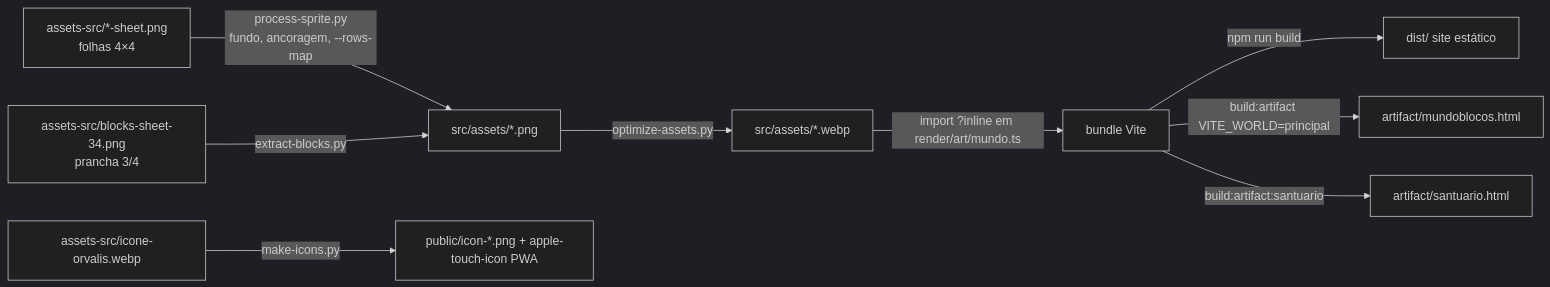
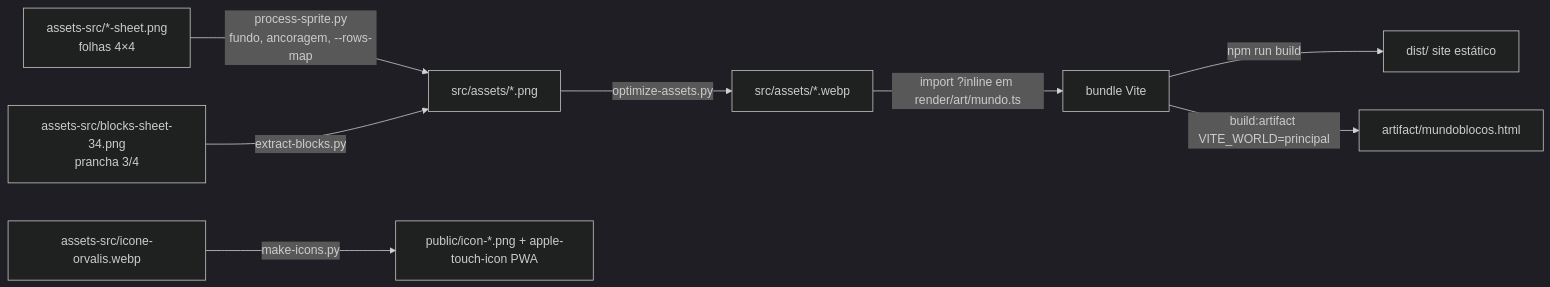
The seventh of 7 diagrams in docs/MAPS.md (maiam/mundoblocos-2d), drawn with Mermaid (dark theme) before and after one commit. The commit also changed other lines of this file and 25 other files, not shown here.

````diff
--- a/docs/MAPS.md
+++ b/docs/MAPS.md
@@ -141,11 +141,10 @@
 ```mermaid
 flowchart LR
   S1[assets-src/*-sheet.png<br/>folhas 4×4] -->|process-sprite.py<br/>fundo, ancoragem, --rows-map| P[src/assets/*.png]
   S2[assets-src/blocks-sheet-34.png<br/>prancha 3/4] -->|extract-blocks.py| P
   P -->|optimize-assets.py| WB[src/assets/*.webp]
   WB -->|import ?inline em render/art/mundo.ts| JS[bundle Vite]
   JS -->|npm run build| D[dist/ site estático]
   JS -->|build:artifact VITE_WORLD=principal| A[artifact/mundoblocos.html]
-  JS -->|build:artifact:santuario| A2[artifact/santuario.html]
   P2[assets-src/icone-orvalis.webp] -->|make-icons.py| PW[public/icon-*.png + apple-touch-icon PWA]
 ```
````
